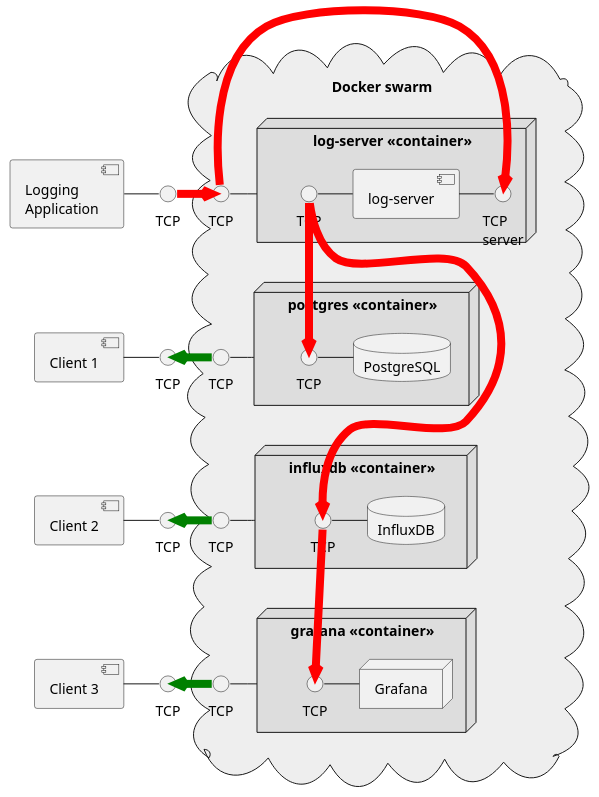
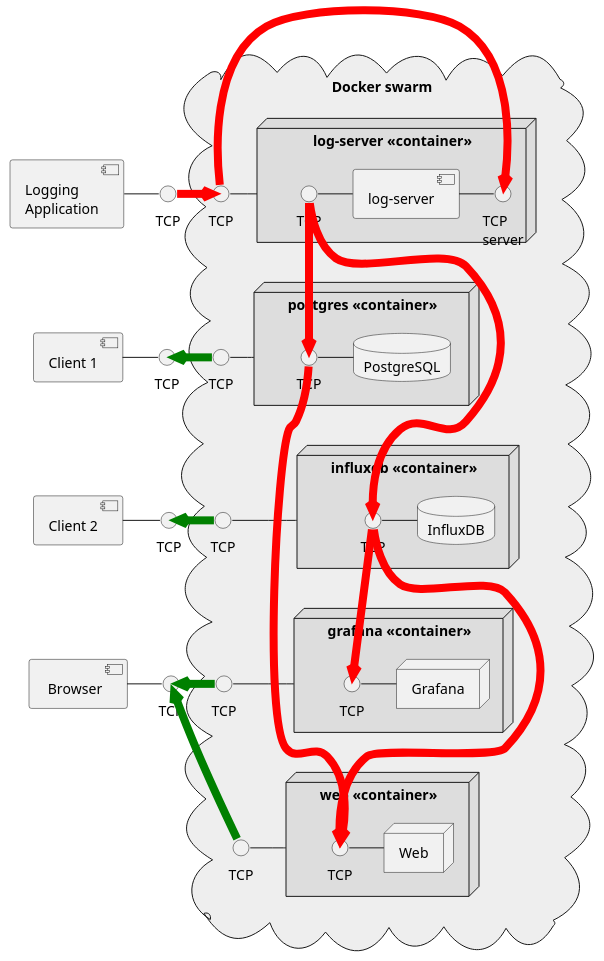
Before and after one commit to matus-chochlik/eagine-core: the diagram in source/app/log_server/doc/diagrams/components.puml, drawn with PlantUML. The commit also changed 1 other file, not shown here.

Commit message:
Updated the eagilog server components diagram

```diff
--- a/source/app/log_server/doc/diagrams/components.puml
+++ b/source/app/log_server/doc/diagrams/components.puml
@@ -1,82 +1,96 @@
 @startuml
 component "Logging\nApplication" as app {
 }
 () "TCP" as app_log_output
 app - app_log_output
 
 component "Client 1" as client1
 () "TCP" as client1_tcp
 client1 - client1_tcp
 
 component "Client 2" as client2
 () "TCP" as client2_tcp
 client2 - client2_tcp
 
-component "Client 3" as client3
+component " Browser" as client3
 () "TCP" as client3_tcp
 client3 - client3_tcp
 
 cloud "Docker swarm" as swarm #EEEEEE {
   () "TCP" as log_server_container_tcp
   node "log-server <<container>>" as log_server_container #DDDDDD {
     () "TCP" as log_server_output
     component "log-server" as log_server_app {
     }
     () "TCP\nserver" as log_server_input
 
     log_server_app - log_server_input
     log_server_output - log_server_app
   }
   log_server_container - log_server_container_tcp
   log_server_container_tcp -[thickness=8,#red]> log_server_input
 
   () "TCP" as postgres_container_tcp
   node "postgres <<container>>" as postgres_container #DDDDDD {
     () "TCP" as postgres_tcp
     database "PostgreSQL" as postgres_db {
     }
 
     postgres_tcp - postgres_db
   }
   postgres_container_tcp -left- postgres_container
   log_server_output -[thickness=8,#red]> postgres_tcp
 
   () "TCP" as influxdb_container_tcp
   node "influxdb <<container>>" as influxdb_container #DDDDDD {
     () "TCP" as influxdb_tcp
     database "InfluxDB" as influxdb_db {
     }
 
     influxdb_tcp - influxdb_db
   }
   influxdb_container_tcp - influxdb_container
   log_server_output -[thickness=8,#red]> influxdb_tcp
 
   () "TCP" as grafana_container_tcp
   node "grafana <<container>>" as grafana_container #DDDDDD {
     () "TCP" as grafana_tcp
     node "Grafana" as grafana_db {
     }
 
     grafana_tcp - grafana_db
   }
   grafana_container_tcp - grafana_container
   influxdb_tcp -[thickness=8,#red]> grafana_tcp
 
+  () "TCP" as web_container_tcp
+  node "web <<container>>" as web_container #DDDDDD {
+    () "TCP" as web_tcp
+    node "Web" as web_db {
+    }
+
+    web_tcp - web_db
+  }
+  web_container_tcp - web_container
+  postgres_tcp -[thickness=8,#red]> web_tcp
+  influxdb_tcp -[thickness=8,#red]> web_tcp
+
   log_server_container -[hidden]- postgres_container
   postgres_container -[hidden]- influxdb_container
   influxdb_container -[hidden]- grafana_container
+  grafana_container -[hidden]- web_container
 
 }
 
 app_log_output -[thickness=8,#red]> log_server_container_tcp
 
 app -[hidden]- client1
 client1 -[hidden]- client2
 client2 -[hidden]- client3
 
 postgres_container_tcp -[thickness=8,#green]> client1_tcp
 influxdb_container_tcp -[thickness=8,#green]> client2_tcp
 grafana_container_tcp  -[thickness=8,#green]> client3_tcp
+client3_tcp <-[thickness=8,#green]- web_container_tcp
 
 @enduml
```
